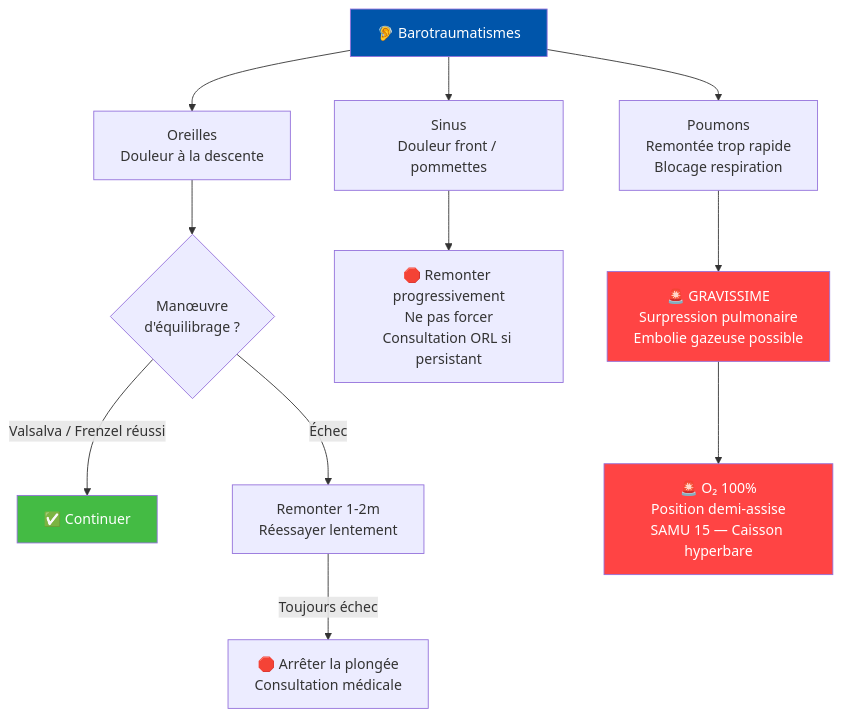
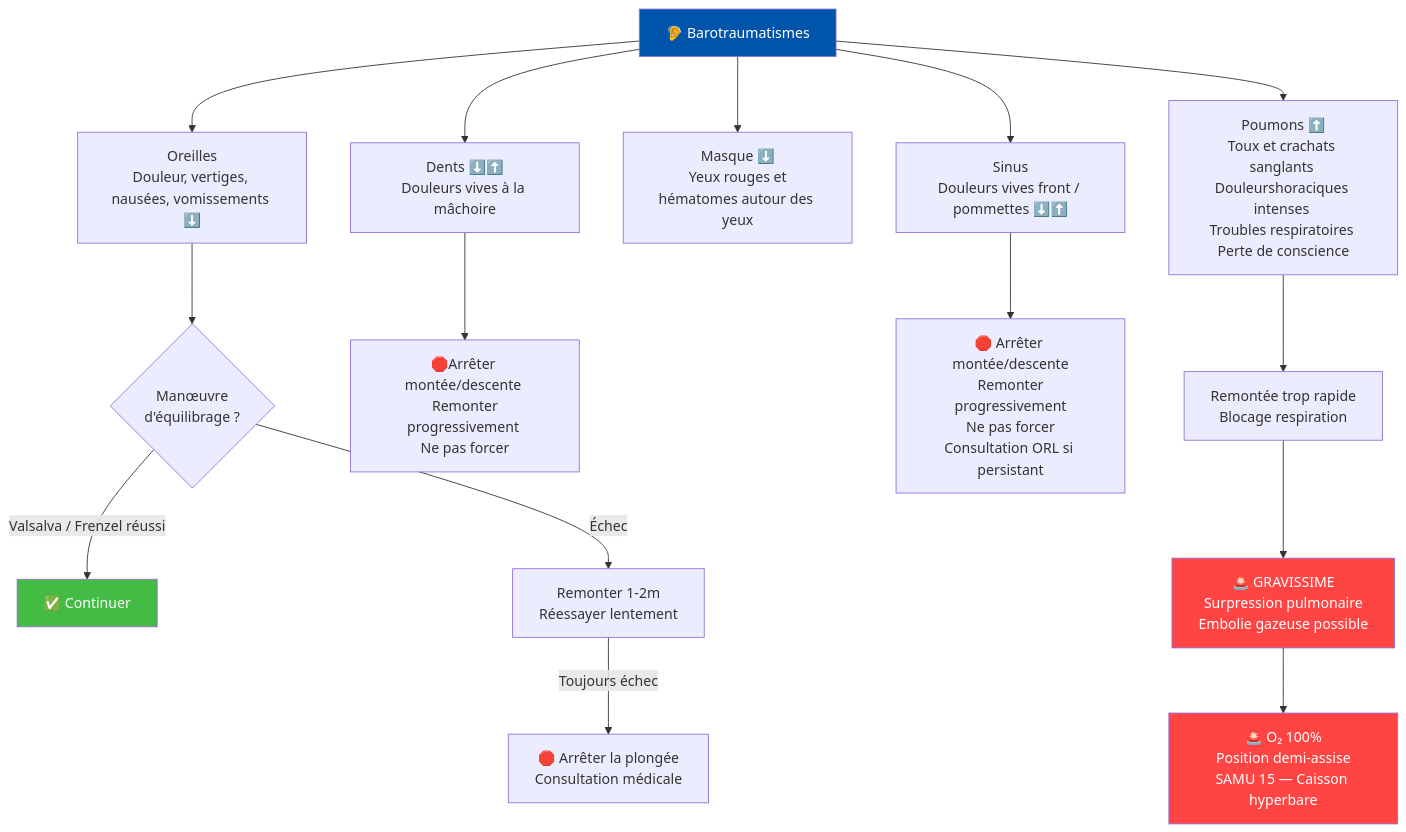
Before and after one commit to thomasGuibert/plongee: the first of 6 diagrams in prepa-n2/N2_Physiologie_Risques.md, drawn with Mermaid. The commit also changed other lines of this file and 1 other file, not shown here.

````diff
--- a/prepa-n2/N2_Physiologie_Risques.md
+++ b/prepa-n2/N2_Physiologie_Risques.md
@@ -7,21 +7,26 @@
 ```mermaid
 flowchart TD
     ROOT["🦻 Barotraumatismes"]
-    ROOT --> BARO_OR["Oreilles<br>Douleur à la descente"]
+    ROOT --> BARO_OR["Oreilles<br>Douleur, vertiges, nausées, vomissements ⬇️"]
     BARO_OR --> BARO_OR1{Manœuvre<br>d'équilibrage ?}
     BARO_OR1 -->|Valsalva / Frenzel réussi| BARO_OR2["✅ Continuer"]
     BARO_OR1 -->|Échec| BARO_OR3["Remonter 1-2m<br>Réessayer lentement"]
     BARO_OR3 -->|Toujours échec| BARO_OR4["🛑 Arrêter la plongée<br>Consultation médicale"]
 
-    ROOT --> BARO_SI["Sinus<br>Douleur front / pommettes"]
-    BARO_SI --> BARO_SI1["🛑 Remonter progressivement<br>Ne pas forcer<br>Consultation ORL si persistant"]
+    ROOT --> BARO_DT["Dents ⬇️⬆️<br>Douleurs vives à la mâchoire"]
+    BARO_DT --> BARO_DT1["🛑Arrêter montée/descente <br> Remonter progressivement <br>Ne pas forcer"]
+    ROOT --> BARO_MK["Masque ⬇️<br> Yeux rouges et hématomes autour des yeux"]
 
-    ROOT --> BARO_PO["Poumons<br>Remontée trop rapide<br>Blocage respiration"]
-    BARO_PO --> BARO_PO1["🚨 GRAVISSIME<br>Surpression pulmonaire<br>Embolie gazeuse possible"]
+    ROOT --> BARO_SI["Sinus<br>Douleurs vives front / pommettes ⬇️⬆️"]
+    BARO_SI --> BARO_SI1["🛑 Arrêter montée/descente<br> Remonter progressivement<br>Ne pas forcer<br>Consultation ORL si persistant"]
+
+    ROOT --> BARO_PO["Poumons ⬆️<br>Toux et crachats sanglants <br>Douleurshoraciques intenses <br>Troubles respiratoires <br>Perte de conscience"]
+BARO_PO --> BARO_PO0["Remontée trop rapide<br>Blocage respiration"]
+    BARO_PO0 --> BARO_PO1["🚨 GRAVISSIME<br>Surpression pulmonaire<br>Embolie gazeuse possible"]
     BARO_PO1 --> BARO_PO2["🚨 O₂ 100%<br>Position demi-assise<br>SAMU 15 — Caisson hyperbare"]
 
     style ROOT fill:#0055aa,color:#fff
     style BARO_OR2 fill:#44bb44,color:#fff
     style BARO_PO1 fill:#ff4444,color:#fff
     style BARO_PO2 fill:#ff4444,color:#fff
 ```
````
